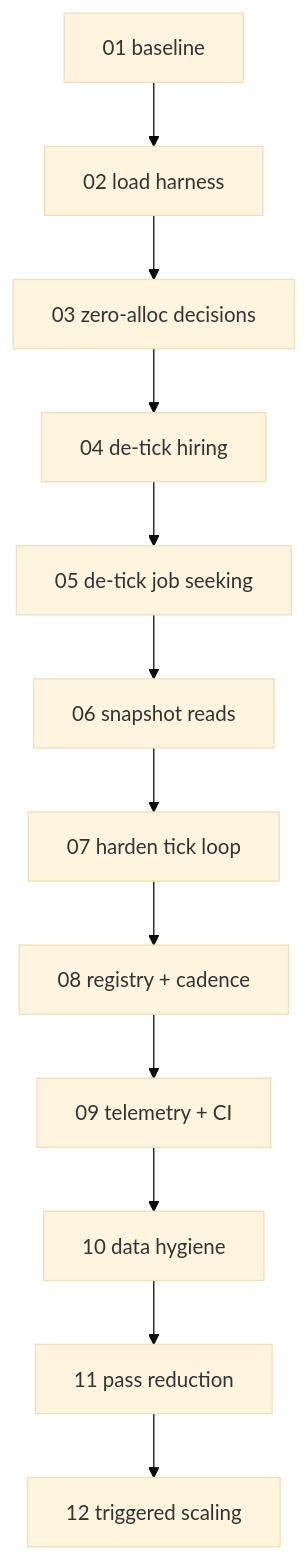
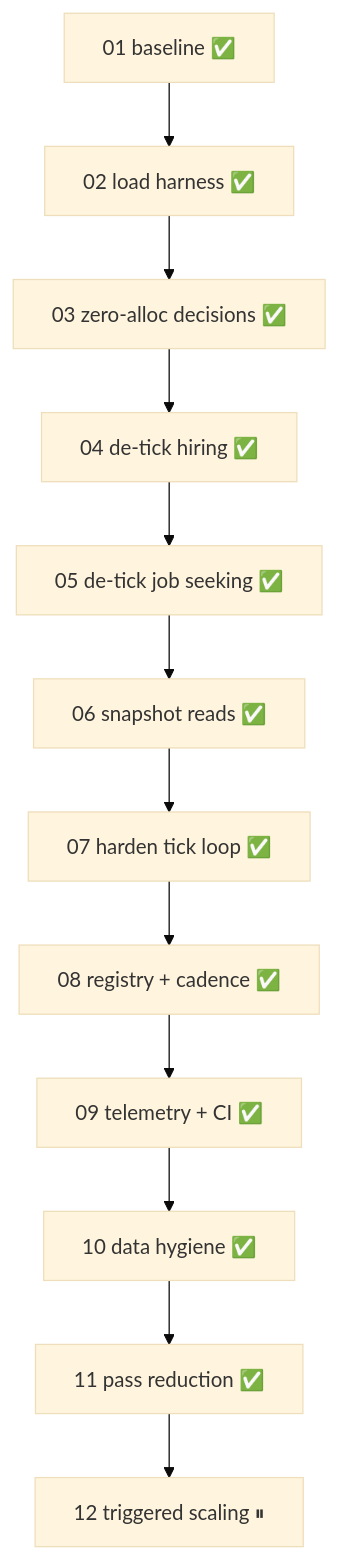
Before and after one commit to takethispie/GeneLife: the diagram in docs/plans/performance-scaling/README.md, drawn with Mermaid (base theme). The commit also changed other lines of this file and 52 other files, not shown here.

````diff
--- a/docs/plans/performance-scaling/README.md
+++ b/docs/plans/performance-scaling/README.md
@@ -7,14 +9,14 @@
 ```mermaid
 flowchart TD
-    P01[01 baseline] --> P02[02 load harness]
-    P02 --> P03[03 zero-alloc decisions]
-    P03 --> P04[04 de-tick hiring]
-    P04 --> P05[05 de-tick job seeking]
-    P05 --> P06[06 snapshot reads]
-    P06 --> P07[07 harden tick loop]
-    P07 --> P08[08 registry + cadence]
-    P08 --> P09[09 telemetry + CI]
-    P09 --> P10[10 data hygiene]
-    P10 --> P11[11 pass reduction]
-    P11 --> P12[12 triggered scaling]
+    P01[01 baseline ✅] --> P02[02 load harness ✅]
+    P02 --> P03[03 zero-alloc decisions ✅]
+    P03 --> P04[04 de-tick hiring ✅]
+    P04 --> P05[05 de-tick job seeking ✅]
+    P05 --> P06[06 snapshot reads ✅]
+    P06 --> P07[07 harden tick loop ✅]
+    P07 --> P08[08 registry + cadence ✅]
+    P08 --> P09[09 telemetry + CI ✅]
+    P09 --> P10[10 data hygiene ✅]
+    P10 --> P11[11 pass reduction ✅]
+    P11 --> P12[12 triggered scaling ⏸]
 ```
````
